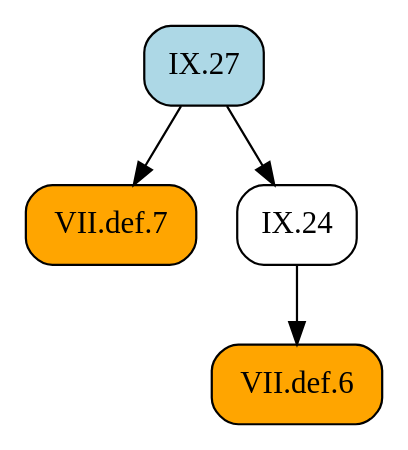
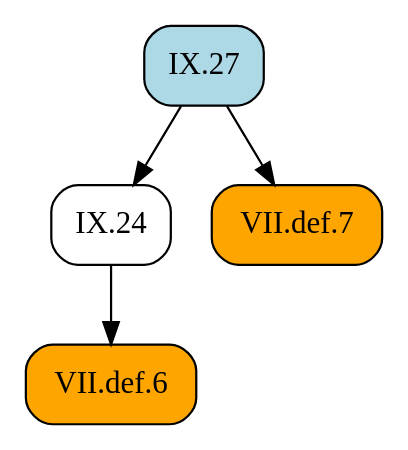
Before and after one commit to geometor/elements: the diagram in docsrc/heath/IX/27/index.rst, drawn with Graphviz. The commit also changed other lines of this file and 1029 other files, not shown here.

```diff
--- a/docsrc/heath/IX/27/index.rst
+++ b/docsrc/heath/IX/27/index.rst
@@ -30,13 +30,13 @@
 .. graphviz::
 
    digraph {
      rankdir="TB";
      node [shape=box, style=rounded];
+     "IX.24" [URL="/heath/IX/24/", target="_top"];
      "VII.def.7" [style="rounded,filled", fillcolor=orange, URL="/heath/VII/def.7/", target="_top"];
+     "VII.def.6" [style="rounded,filled", fillcolor=orange, URL="/heath/VII/def.6/", target="_top"];
      "IX.27" [style="rounded,filled", fillcolor=lightblue, URL="/heath/IX/27/", target="_top"];
-     "VII.def.6" [style="rounded,filled", fillcolor=orange, URL="/heath/VII/def.6/", target="_top"];
-     "IX.24" [URL="/heath/IX/24/", target="_top"];
+     "IX.27" -> "IX.24";
      "IX.27" -> "VII.def.7";
      "IX.24" -> "VII.def.6";
-     "IX.27" -> "IX.24";
    }
```
